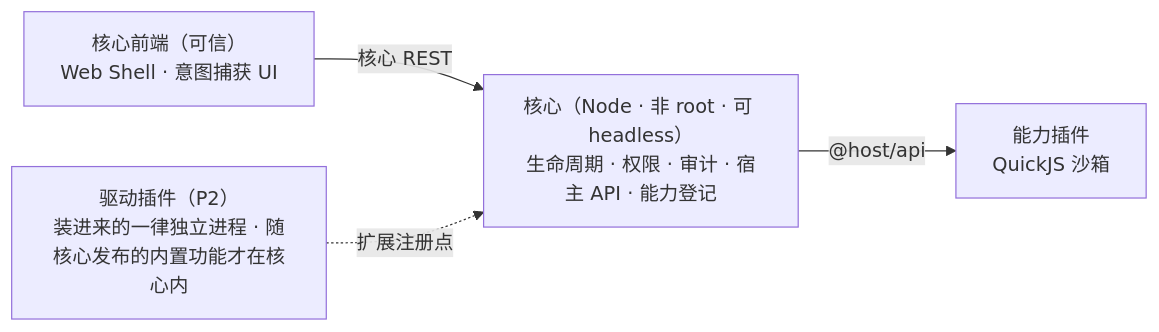
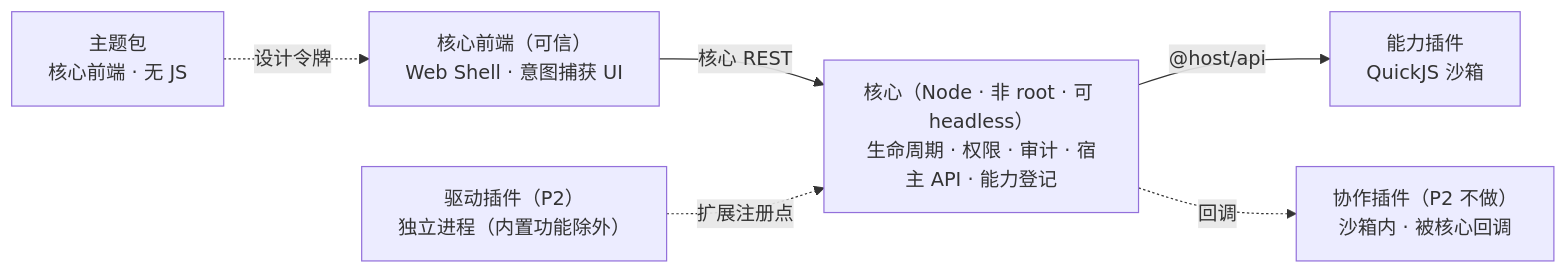
Before and after one commit to xfyweb/ServerPluginCore: the diagram in README.md, drawn with Mermaid. The commit also changed other lines of this file and 13 other files, not shown here.

````diff
--- a/README.md
+++ b/README.md
@@ -109,11 +125,15 @@
 ```mermaid
 flowchart LR
   UI["核心前端（可信）<br/>Web Shell · 意图捕获 UI"]
   K["核心（Node · 非 root · 可 headless）<br/>生命周期 · 权限 · 审计 · 宿主 API · 能力登记"]
   A["能力插件<br/>QuickJS 沙箱"]
-  D["驱动插件（P2）<br/>装进来的一律独立进程 · 随核心发布的内置功能才在核心内"]
+  H["协作插件（P2 不做）<br/>沙箱内 · 被核心回调"]
+  D["驱动插件（P2）<br/>独立进程（内置功能除外）"]
+  T["主题包<br/>核心前端 · 无 JS"]
 
   UI -->|核心 REST| K
   K -->|"@host/api"| A
+  K -.->|回调| H
   D -.->|扩展注册点| K
+  T -.->|设计令牌| UI
 ```
````
